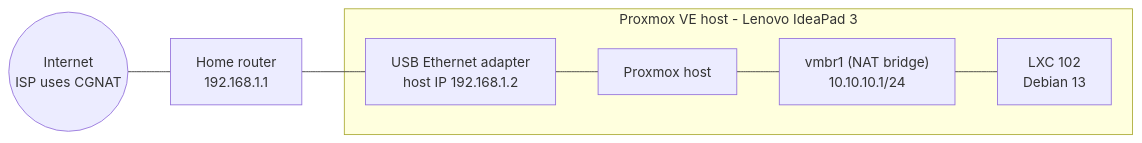
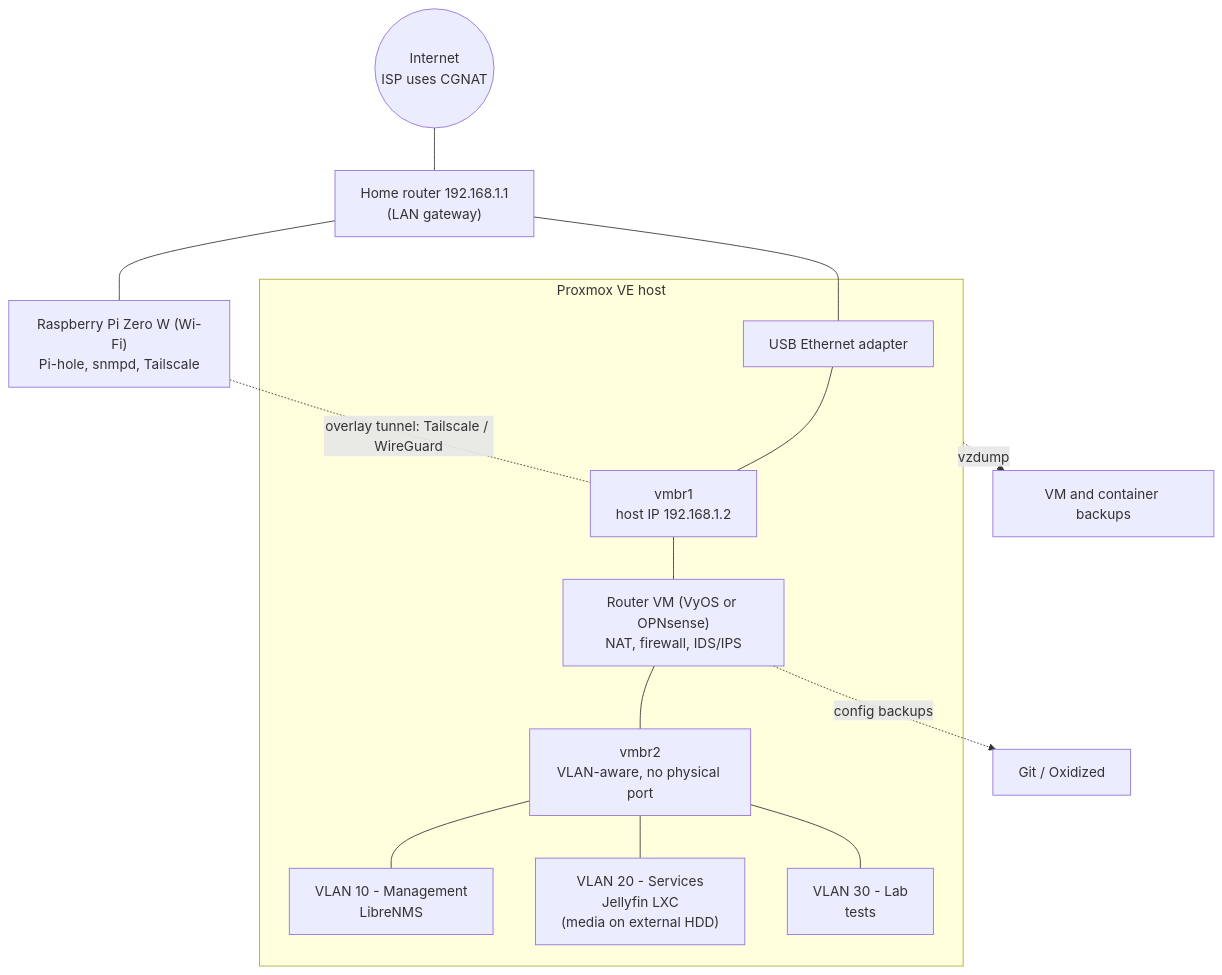
The diagram in README.md (marcell6449/homelab_IdeaPad3_RaspberryZeroW), drawn with Mermaid before and after one commit. The commit also changed other lines of this file, not shown here.

First line of the commit message:
Revise architecture and repository structure in README

````diff
--- a/README.md
+++ b/README.md
@@ -30,10 +31,19 @@
 ```mermaid
-flowchart LR
-    Internet(("Internet<br/>ISP uses CGNAT")) --- Router["Home router<br/>192.168.1.1"]
-    Router --- NIC["USB Ethernet adapter<br/>host IP 192.168.1.2"]
-    subgraph PVE["Proxmox VE host - Lenovo IdeaPad 3"]
-        NIC --- Host["Proxmox host"]
-        Host --- BR["vmbr1 (NAT bridge)<br/>10.10.10.1/24"]
-        BR --- CT["LXC 102<br/>Debian 13"]
+flowchart TB
+    Internet(("Internet<br/>ISP uses CGNAT")) --- Router["Home router 192.168.1.1<br/>(LAN gateway)"]
+    Router --- Pi["Raspberry Pi Zero W (Wi-Fi)<br/>Pi-hole, snmpd, Tailscale"]
+    Router --- NIC["USB Ethernet adapter"]
+
+    subgraph PVE["Proxmox VE host"]
+        NIC --- BR1["vmbr1<br/>host IP 192.168.1.2"]
+        BR1 --- RVM["Router VM (VyOS or OPNsense)<br/>NAT, firewall, IDS/IPS"]
+        RVM --- BR2["vmbr2<br/>VLAN-aware, no physical port"]
+        BR2 --- V10["VLAN 10 - Management<br/>LibreNMS"]
+        BR2 --- V20["VLAN 20 - Services<br/>Jellyfin LXC<br/>(media on external HDD)"]
+        BR2 --- V30["VLAN 30 - Lab<br/>tests"]
     end
+
+    Pi -. "overlay tunnel: Tailscale / WireGuard" .- BR1
+    RVM -. "config backups" .-> Git["Git / Oxidized"]
+    PVE -. "vzdump" .-> Backups["VM and container backups"]
 ```
````
